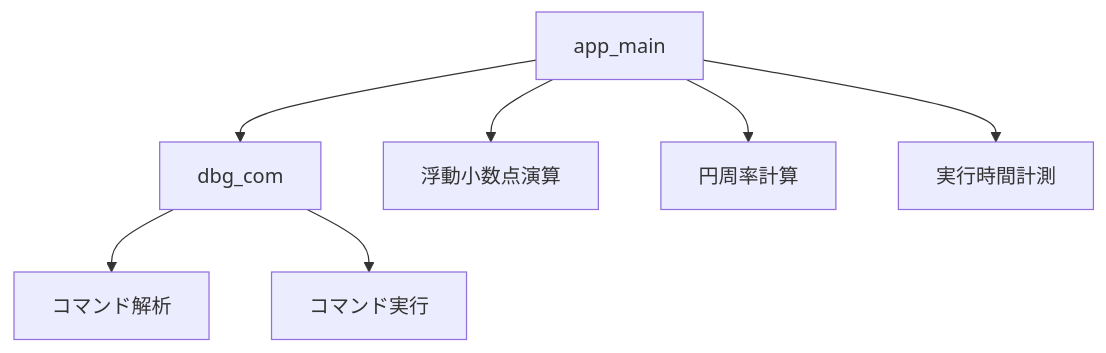
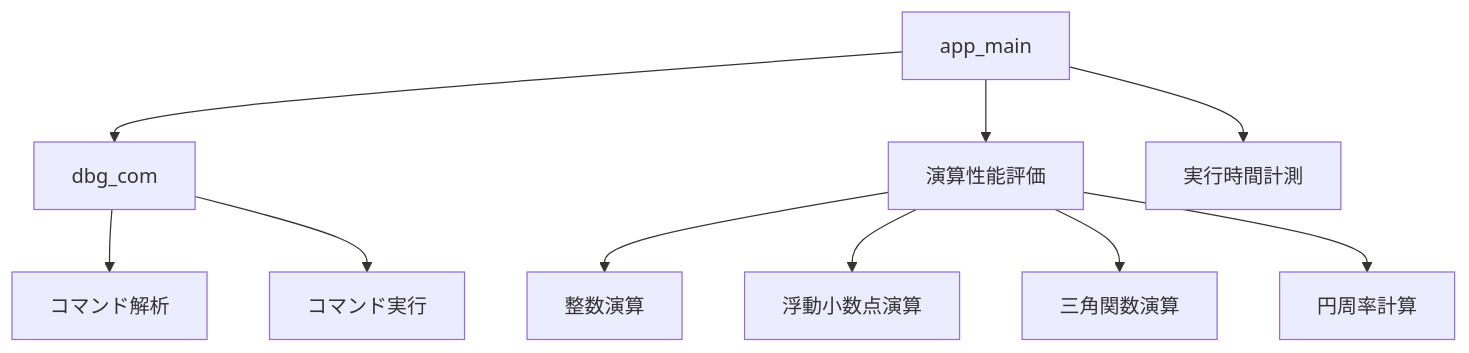
The first of 3 diagrams in doc/設計書/pj_design_rp2350.md (Chimipupu/rp2350_dev), drawn with Mermaid before and after one commit. The commit also changed other lines of this file and 1 other file, not shown here.

````diff
--- a/doc/設計書/pj_design_rp2350.md
+++ b/doc/設計書/pj_design_rp2350.md
@@ -12,9 +12,12 @@
 ```mermaid
 graph TD
     A[app_main] --> B[dbg_com]
-    A --> C[浮動小数点演算]
-    A --> D[円周率計算]
-    A --> E[実行時間計測]
-    B --> F[コマンド解析]
-    B --> G[コマンド実行]
+    A --> C[演算性能評価]
+    A --> D[実行時間計測]
+    B --> E[コマンド解析]
+    B --> F[コマンド実行]
+    C --> G[整数演算]
+    C --> H[浮動小数点演算]
+    C --> I[三角関数演算]
+    C --> J[円周率計算]
 ```
````
